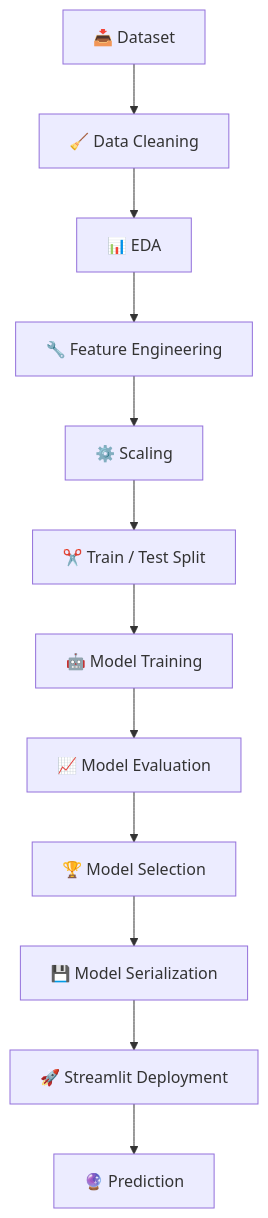
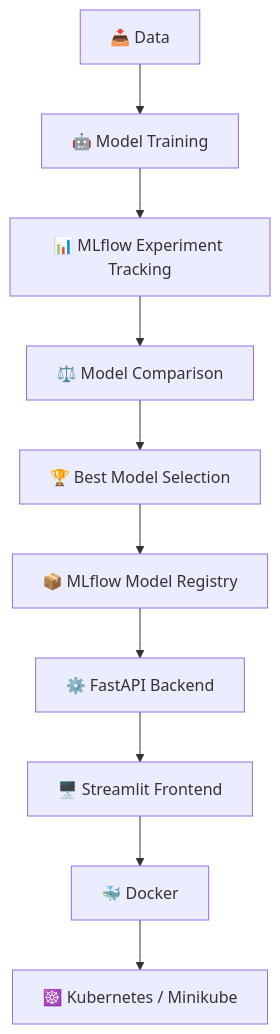
Before and after one commit to rizwanahmed786508/diabetes-prediction-system: the diagram in README.md, drawn with Mermaid. The commit also changed other lines of this file, not shown here.

````diff
--- a/README.md
+++ b/README.md
@@ -144,14 +81,12 @@
 ```mermaid
 flowchart TD
-    A[📥 Dataset] --> B[🧹 Data Cleaning]
-    B --> C[📊 EDA]
-    C --> D[🔧 Feature Engineering]
-    D --> E[⚙️ Scaling]
-    E --> F[✂️ Train / Test Split]
-    F --> G[🤖 Model Training]
-    G --> H[📈 Model Evaluation]
-    H --> I[🏆 Model Selection]
-    I --> J[💾 Model Serialization]
-    J --> K[🚀 Streamlit Deployment]
-    K --> L[🔮 Prediction]
+    A[📥 Data] --> B[🤖 Model Training]
+    B --> C[📊 MLflow Experiment Tracking]
+    C --> D[⚖️ Model Comparison]
+    D --> E[🏆 Best Model Selection]
+    E --> F[📦 MLflow Model Registry]
+    F --> G[⚙️ FastAPI Backend]
+    G --> H[🖥️ Streamlit Frontend]
+    H --> I[🐳 Docker]
+    I --> J[☸️ Kubernetes / Minikube]
 ```
````
